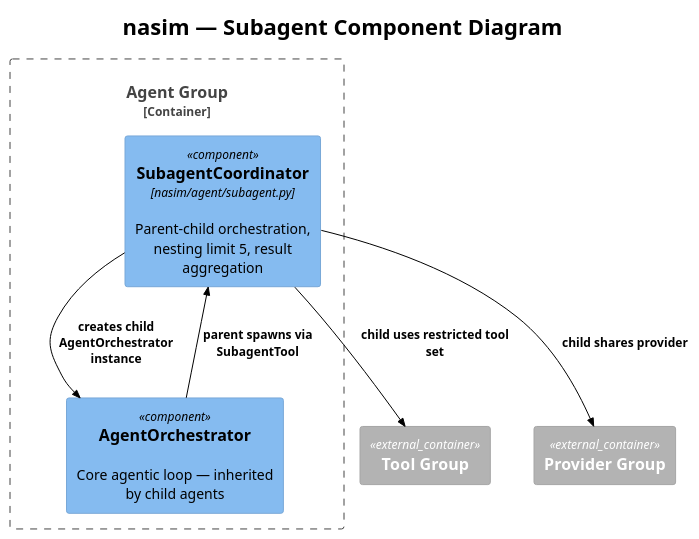
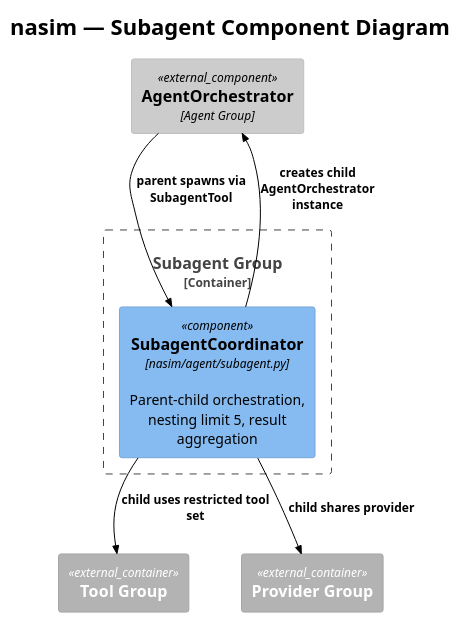
The diagram in docs/C4/c4_nasim_component_subagent.puml (salimnamvar/nasim), drawn with PlantUML before and after one commit. The commit also changed 27 other files, not shown here.

First line of the commit message:
docs: Refactor architecture documentation for consistency and clarity

```diff
--- a/docs/C4/c4_nasim_component_subagent.puml
+++ b/docs/C4/c4_nasim_component_subagent.puml
@@ -1,30 +1,32 @@
+@startuml c4_nasim_component_subagent
 !include https://raw.githubusercontent.com/plantuml-stdlib/C4-PlantUML/v2.10.0/C4_Component.puml
 !theme plain
 
 
 ' ============================================================
 ' Title:     nasim — Subagent Component Diagram
 ' Boundary:  nasim core library — Subagent orchestration
 ' Purpose:   Parent-child agent orchestration with nesting limits
 ' Milestone: v1.0
 ' Version:   6.0.0
 ' Source:    docs/prompt/p1.md — corrective architecture review
 ' Review:    docs/audit/audit.2026.06.20.comprehensive.reference.audit.md
 ' ============================================================
 
 title nasim — Subagent Component Diagram
 
-Container_Boundary(agent_boundary, "Agent Group") {
+Container_Boundary(agent_boundary, "Subagent Group") {
     Component(subagent_coord, "SubagentCoordinator", "nasim/agent/subagent.py", "Parent-child orchestration, nesting limit 5, result aggregation")
-    Component(agent_orch, "AgentOrchestrator", "", "Core agentic loop — inherited by child agents")
 }
+
+Component_Ext(agent_orch, "AgentOrchestrator", "Agent Group")
 
 Container_Ext(tool_boundary, "Tool Group")
 Container_Ext(provider_boundary, "Provider Group")
 
 Rel(subagent_coord, agent_orch, "creates child AgentOrchestrator instance")
 Rel(subagent_coord, tool_boundary, "child uses restricted tool set")
 Rel(subagent_coord, provider_boundary, "child shares provider")
 Rel(agent_orch, subagent_coord, "parent spawns via SubagentTool")
 
 @enduml
```
